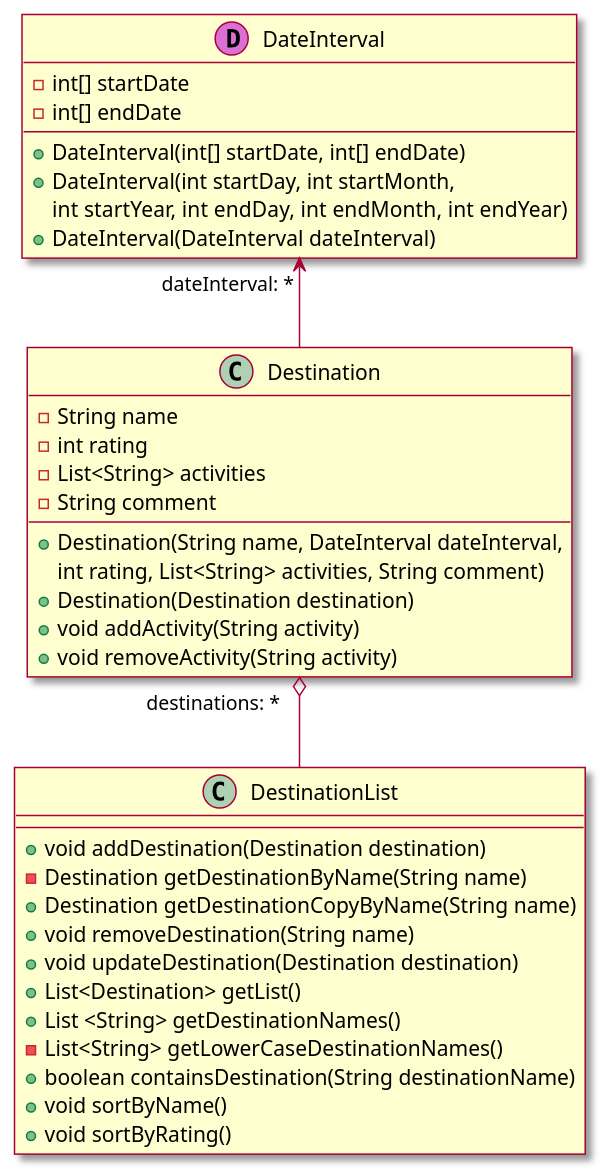
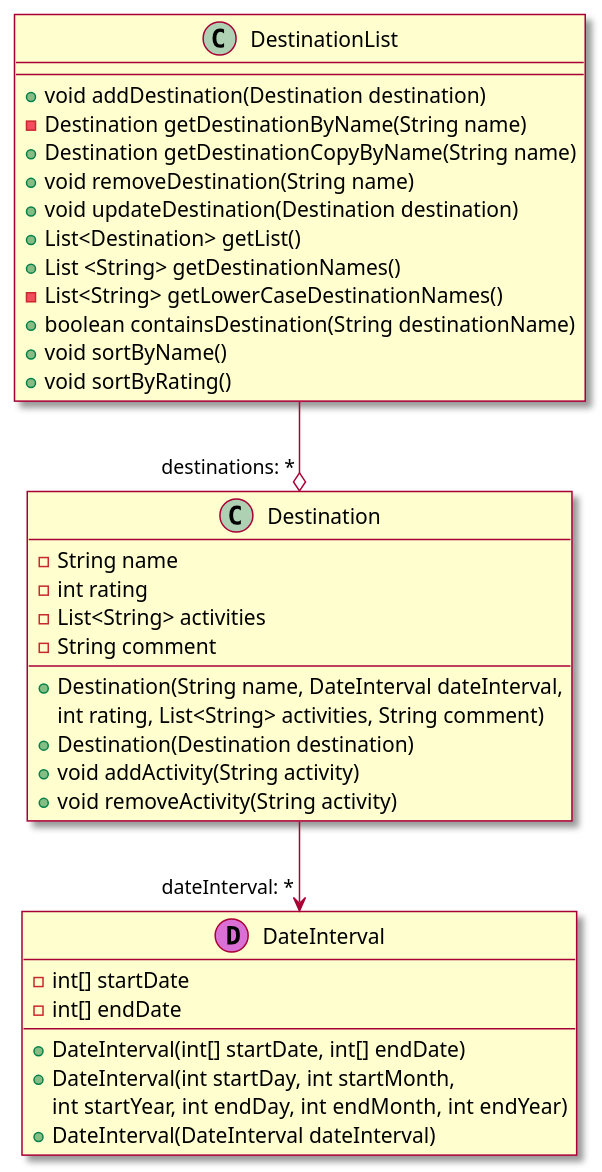
One commit to tbwiik/Travelu changed the diagram in docs/classDiagramCore.puml. Above: the diagram before and after it, drawn with PlantUML. The commit also changed 3 other files, not shown here.

```diff
--- a/docs/classDiagramCore.puml
+++ b/docs/classDiagramCore.puml
@@ -1,45 +1,44 @@
 @startuml cdCore
-
 skin rose
+skinparam linetype ortho 
 
 class Destination {
     - String name
     - int rating
     - List<String> activities 
     - String comment
 
     + Destination(String name, DateInterval dateInterval, 
     int rating, List<String> activities, String comment)
     + Destination(Destination destination)
     + void addActivity(String activity)
     + void removeActivity(String activity)
 }
 
 class DestinationList {
-    
     + void addDestination(Destination destination)
     - Destination getDestinationByName(String name)
     + Destination getDestinationCopyByName(String name)
     + void removeDestination(String name)
     + void updateDestination(Destination destination)
     + List<Destination> getList()
     + List <String> getDestinationNames()
     - List<String> getLowerCaseDestinationNames()
     + boolean containsDestination(String destinationName)
     + void sortByName()
     + void sortByRating()
 }
 
 class DateInterval << (D,orchid) >> {
     - int[] startDate
     - int[] endDate
+
     + DateInterval(int[] startDate, int[] endDate)
     + DateInterval(int startDay, int startMonth, 
     int startYear, int endDay, int endMonth, int endYear)
     + DateInterval(DateInterval dateInterval)
 }
-skinparam linetype ortho 
-DateInterval "dateInterval: *" <-- Destination
-Destination "destinations: *   " o-- DestinationList
 
+DestinationList --o "destinations: *" Destination
+Destination --> "dateInterval: *" DateInterval
 @enduml
```
